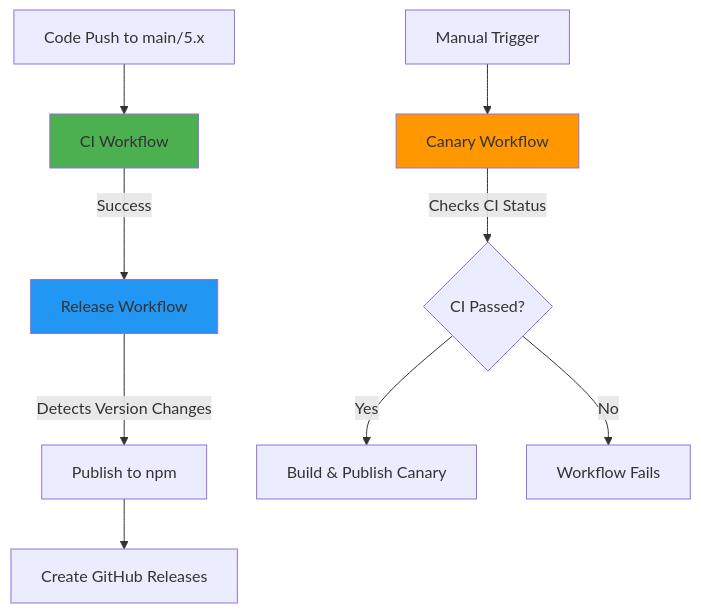
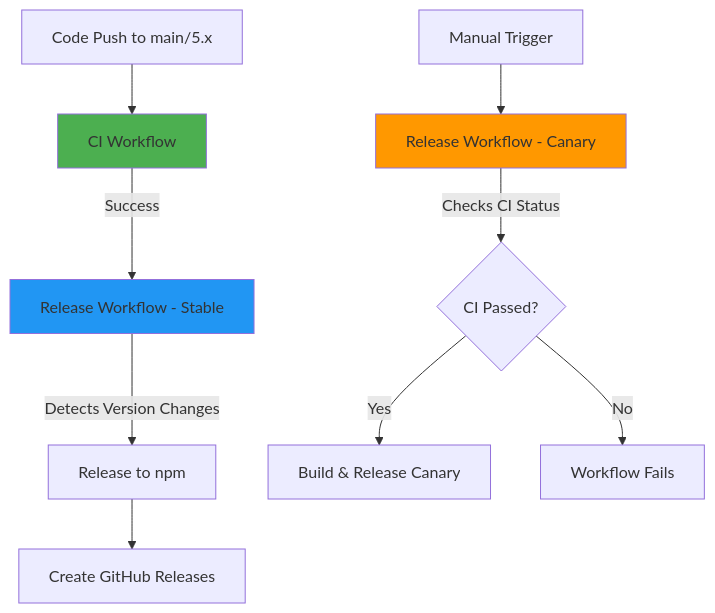
One commit to iress/design-system changed the first of 5 diagrams in .github/WORKFLOWS.md. Above: the diagram before and after it, drawn with Mermaid. The commit also changed other lines of this file and 4 other files, not shown here.

First line of the commit message:
chore(ci): add release and publish scripts for canary and stable versions (#72)

````diff
--- a/.github/WORKFLOWS.md
+++ b/.github/WORKFLOWS.md
@@ -15,16 +14,16 @@
 ```mermaid
 graph TD
     A[Code Push to main/5.x] --> B[CI Workflow]
-    B -->|Success| C[Release Workflow]
-    C -->|Detects Version Changes| D[Publish to npm]
+    B -->|Success| C[Release Workflow - Stable]
+    C -->|Detects Version Changes| D[Release to npm]
     D --> E[Create GitHub Releases]
 
-    F[Manual Trigger] --> G[Canary Workflow]
+    F[Manual Trigger] --> G[Release Workflow - Canary]
     G -->|Checks CI Status| H{CI Passed?}
-    H -->|Yes| I[Build & Publish Canary]
+    H -->|Yes| I[Build & Release Canary]
     H -->|No| J[Workflow Fails]
 
     style B fill:#4CAF50
     style C fill:#2196F3
     style G fill:#FF9800
 ```
````
